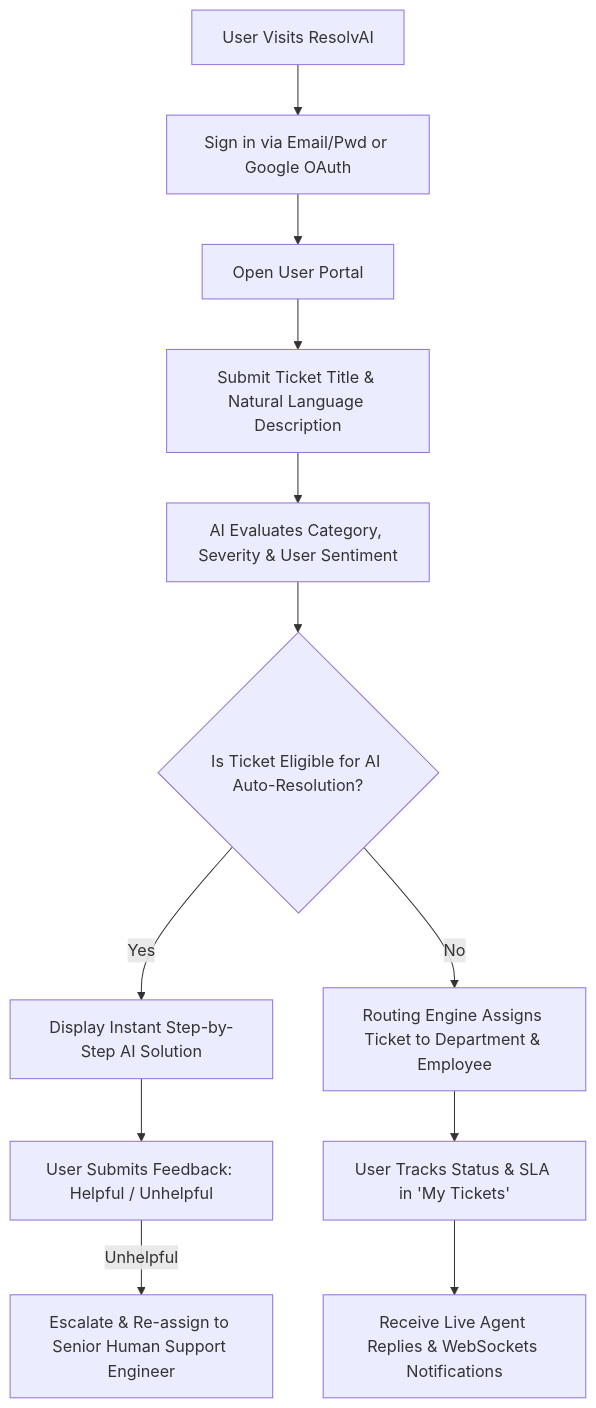
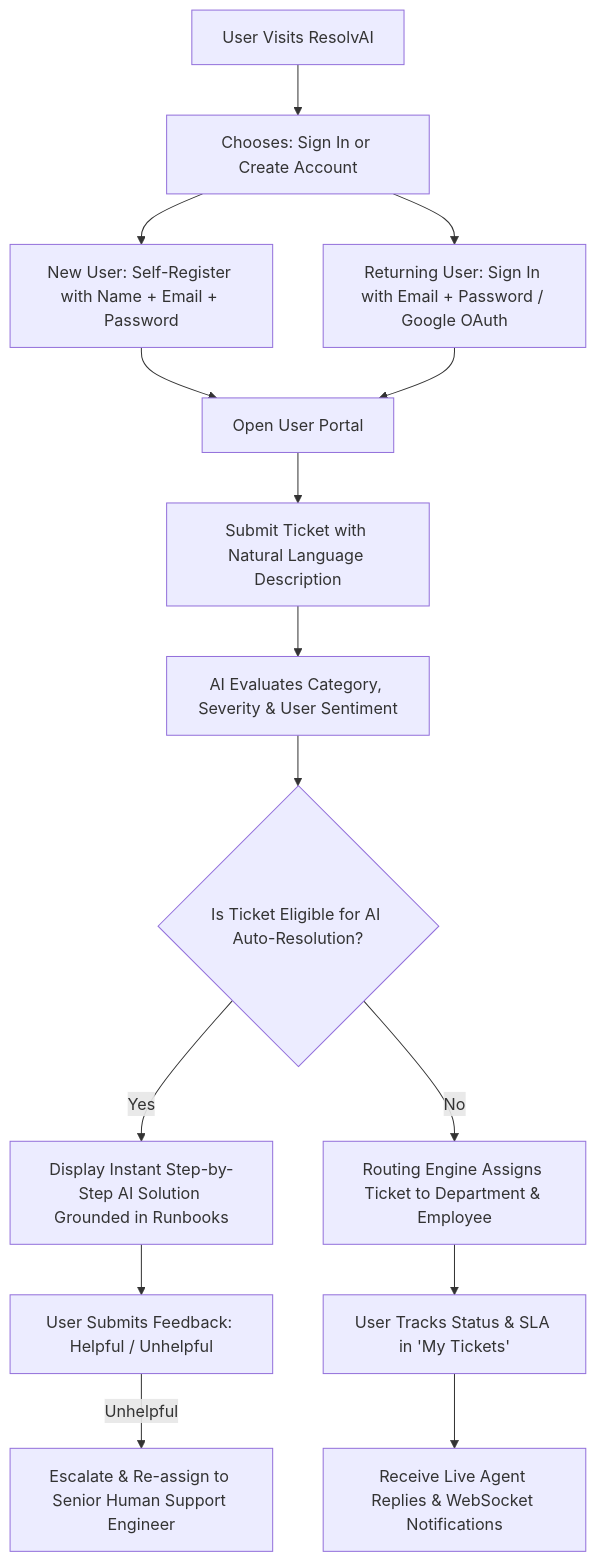
Before and after one commit to adit-syntax/ResolvAI: the first of 3 diagrams in README.md, drawn with Mermaid. The commit also changed other lines of this file and 7 other files, not shown here.

Commit message:
feat: modern landing page, updated architecture docs, and production deployment configuration

````diff
--- a/README.md
+++ b/README.md
@@ -50,14 +95,17 @@
 ```mermaid
 graph TD
-    A[User Visits ResolvAI] --> B[Sign in via Email/Pwd or Google OAuth]
-    B --> C[Open User Portal]
-    C --> D[Submit Ticket Title & Natural Language Description]
+    A[User Visits ResolvAI] --> B[Chooses: Sign In or Create Account]
+    B --> REG[New User: Self-Register with Name + Email + Password]
+    B --> LOGIN[Returning User: Sign In with Email + Password / Google OAuth]
+    REG --> C[Open User Portal]
+    LOGIN --> C
+    C --> D[Submit Ticket with Natural Language Description]
     D --> E[AI Evaluates Category, Severity & User Sentiment]
     E --> F{Is Ticket Eligible for AI Auto-Resolution?}
-    F -- Yes --> G[Display Instant Step-by-Step AI Solution]
+    F -- Yes --> G[Display Instant Step-by-Step AI Solution Grounded in Runbooks]
     G --> H[User Submits Feedback: Helpful / Unhelpful]
     H -- Unhelpful --> I[Escalate & Re-assign to Senior Human Support Engineer]
     F -- No --> J[Routing Engine Assigns Ticket to Department & Employee]
     J --> K[User Tracks Status & SLA in 'My Tickets']
-    K --> L[Receive Live Agent Replies & WebSockets Notifications]
+    K --> L[Receive Live Agent Replies & WebSocket Notifications]
 ```
````
